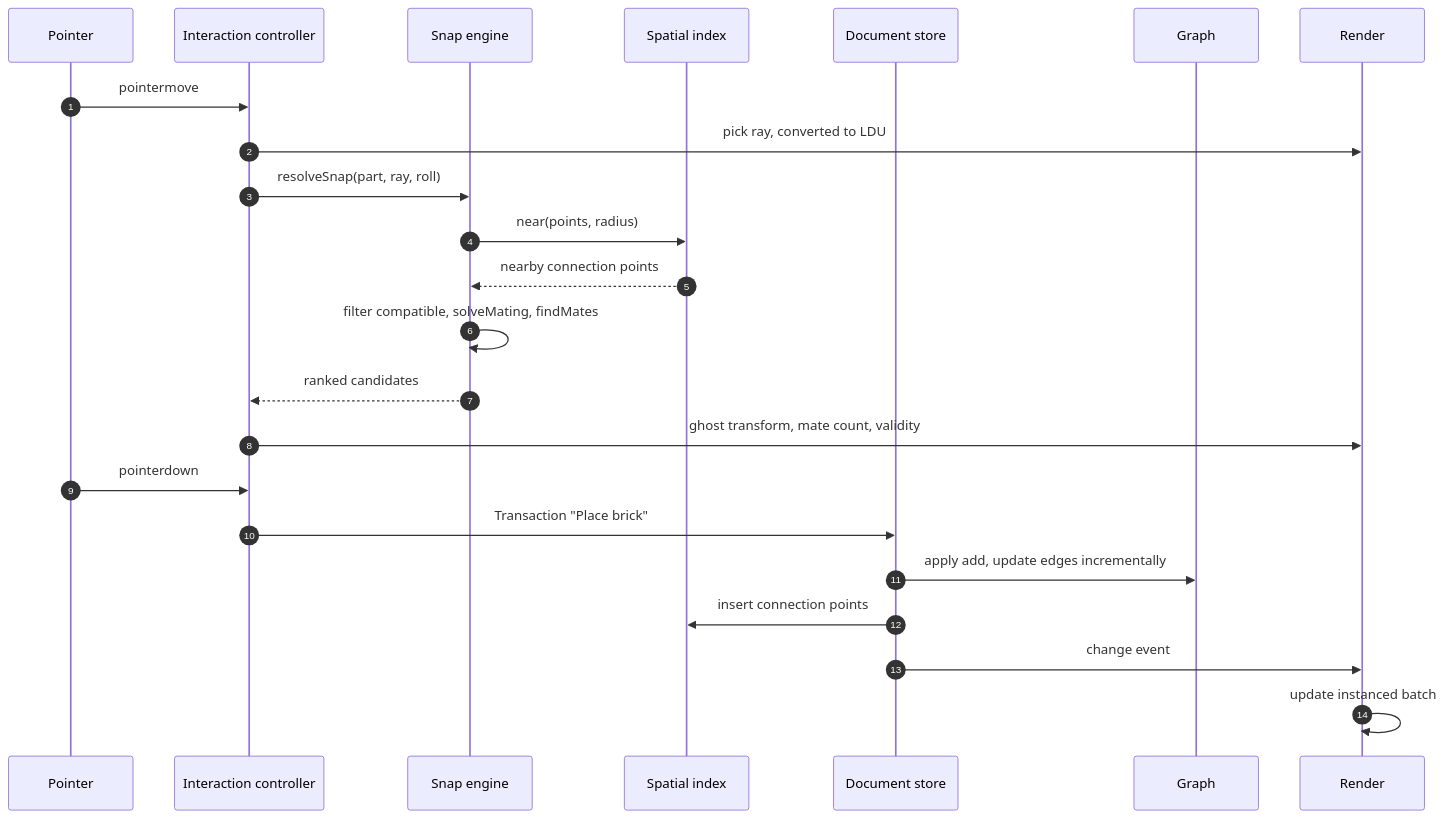
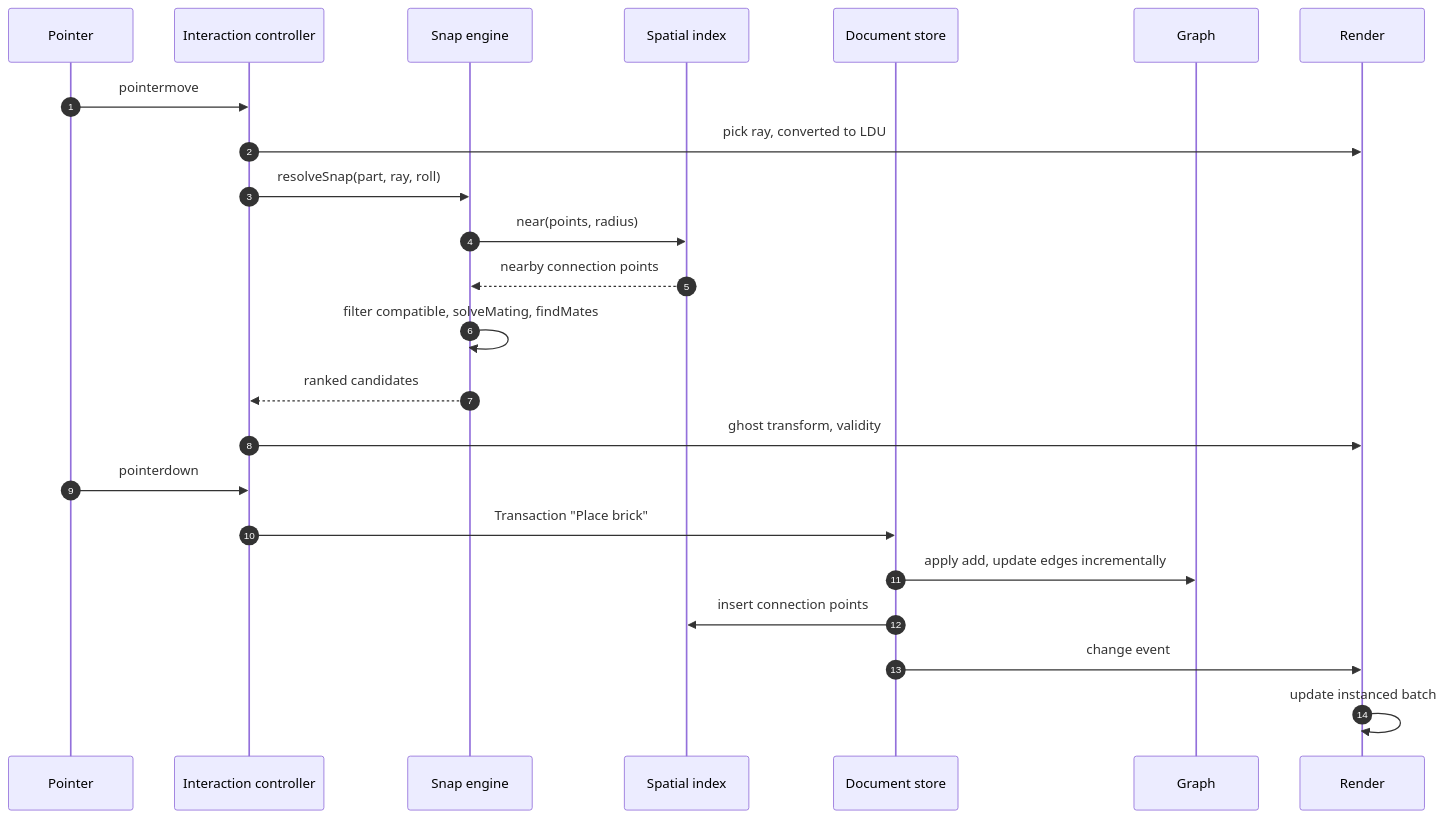
Before and after one commit to ReillyBova/brickyard: the third of 9 diagrams in docs/ARCHITECTURE.md, drawn with Mermaid. The commit also changed other lines of this file and 16 other files, not shown here.

````diff
--- a/docs/ARCHITECTURE.md
+++ b/docs/ARCHITECTURE.md
@@ -123,26 +123,26 @@
 ```mermaid
 sequenceDiagram
   autonumber
   participant U as Pointer
   participant IC as Interaction controller
   participant SE as Snap engine
   participant SI as Spatial index
   participant D as Document store
   participant G as Graph
   participant R as Render
 
   U->>IC: pointermove
   IC->>R: pick ray, converted to LDU
   IC->>SE: resolveSnap(part, ray, roll)
   SE->>SI: near(points, radius)
   SI-->>SE: nearby connection points
   SE->>SE: filter compatible, solveMating, findMates
   SE-->>IC: ranked candidates
-  IC->>R: ghost transform, mate count, validity
+  IC->>R: ghost transform, validity
   U->>IC: pointerdown
   IC->>D: Transaction "Place brick"
   D->>G: apply add, update edges incrementally
   D->>SI: insert connection points
   D->>R: change event
   R->>R: update instanced batch
 ```
````
